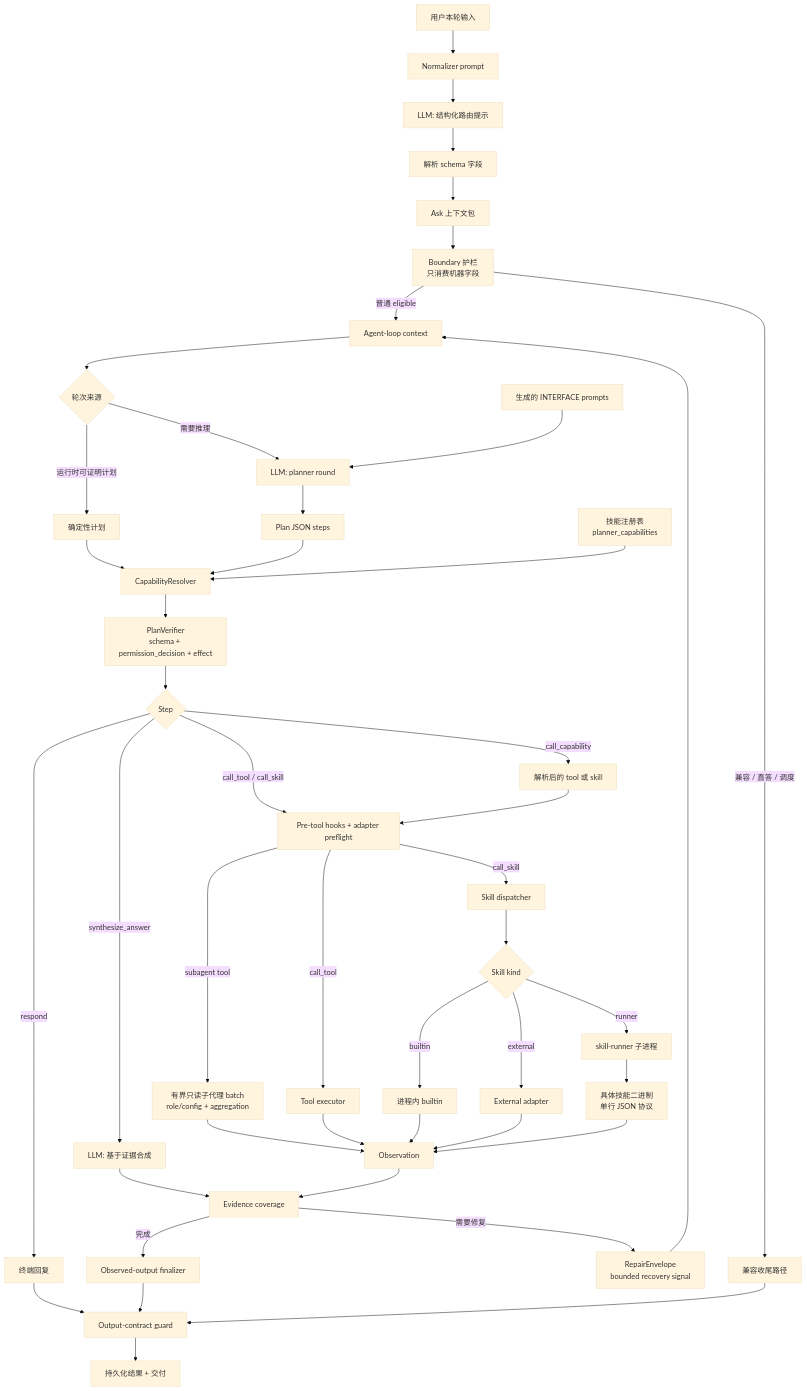
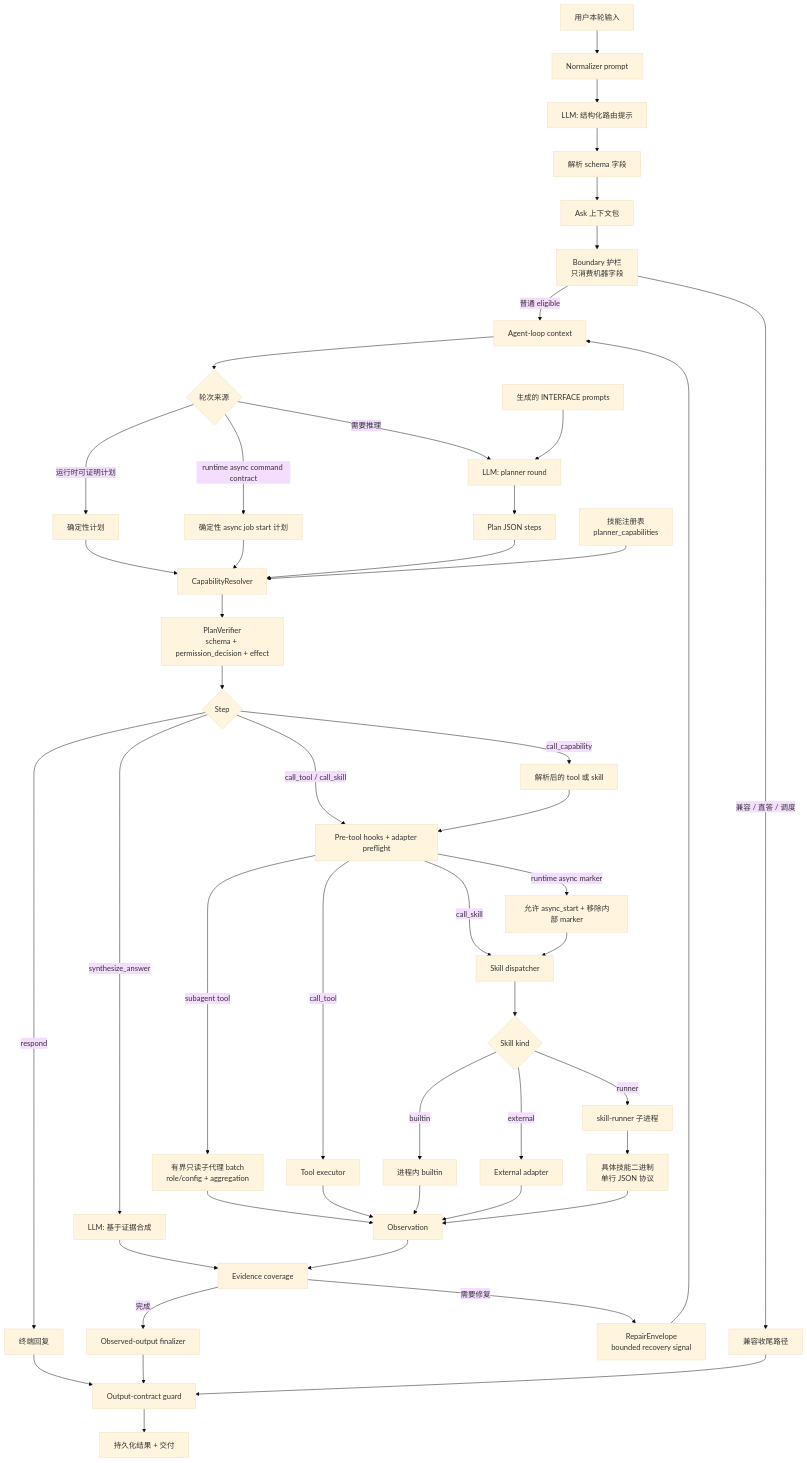
One commit to MatrixCoreX/RustClaw changed the second of 3 diagrams in README.zh-CN.md. Above: the diagram before and after it, drawn with Mermaid (base theme). The commit also changed other lines of this file and 1 other file, not shown here.

Commit message:
Update agent loop async flow docs

````diff
--- a/README.zh-CN.md
+++ b/README.zh-CN.md
@@ -89,47 +94,51 @@
 ```mermaid
 flowchart TD
     A[用户本轮输入] --> B[Normalizer prompt]
     B --> C[LLM: 结构化路由提示]
     C --> D[解析 schema 字段]
     D --> E[Ask 上下文包]
     E --> F[Boundary 护栏<br/>只消费机器字段]
     F -->|普通 eligible| G[Agent-loop context]
     F -->|兼容 / 直答 / 调度| H[兼容收尾路径]
     G --> I{轮次来源}
     I -->|运行时可证明计划| J[确定性计划]
+    I -->|runtime async command contract| JA[确定性 async job start 计划]
     I -->|需要推理| K[LLM: planner round]
     K --> L[Plan JSON steps]
     J --> M[CapabilityResolver]
+    JA --> M
     L --> M
     N[技能注册表<br/>planner_capabilities] --> M
     O[生成的 INTERFACE prompts] --> K
     M --> P[PlanVerifier<br/>schema + permission_decision + effect]
     P --> Q{Step}
     Q -->|call_capability| R[解析后的 tool 或 skill]
     Q -->|call_tool / call_skill| QA[Pre-tool hooks + adapter preflight]
     R --> QA
+    QA -->|runtime async marker| AR[允许 async_start + 移除内部 marker]
     QA -->|subagent tool| SS[有界只读子代理 batch<br/>role/config + aggregation]
     QA -->|call_tool| S[Tool executor]
     QA -->|call_skill| T[Skill dispatcher]
+    AR --> T
     T --> U{Skill kind}
     U -->|builtin| V[进程内 builtin]
     U -->|external| W[External adapter]
     U -->|runner| X[skill-runner 子进程]
     X --> Y[具体技能二进制<br/>单行 JSON 协议]
     SS --> Z
     S --> Z[Observation]
     V --> Z
     W --> Z
     Y --> Z
     Q -->|synthesize_answer| ZA[LLM: 基于证据合成]
     Q -->|respond| ZB[终端回复]
     ZA --> ZC[Evidence coverage]
     Z --> ZC
     ZC -->|需要修复| ZR[RepairEnvelope<br/>bounded recovery signal]
     ZR --> G
     ZC -->|完成| ZD[Observed-output finalizer]
     ZB --> ZE[Output-contract guard]
     ZD --> ZE
     H --> ZE
     ZE --> ZF[持久化结果 + 交付]
 ```
````
